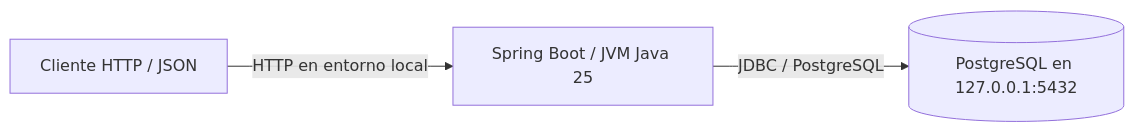
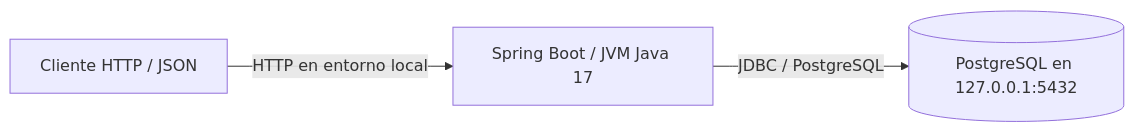
Before and after one commit to DilanStiven/Ingenieria-de-software: the third of 3 diagrams in docs/diseno/Documento_de_arquitectura.md, drawn with Mermaid. The commit also changed other lines of this file and 8 other files, not shown here.

````diff
--- a/docs/diseno/Documento_de_arquitectura.md
+++ b/docs/diseno/Documento_de_arquitectura.md
@@ -121,5 +121,5 @@
 ```mermaid
 flowchart LR
-    Cliente[Cliente HTTP / JSON] -->|HTTP en entorno local| App[Spring Boot / JVM Java 25]
+    Cliente[Cliente HTTP / JSON] -->|HTTP en entorno local| App[Spring Boot / JVM Java 17]
     App -->|JDBC / PostgreSQL| DB[(PostgreSQL en 127.0.0.1:5432)]
 ```
````
